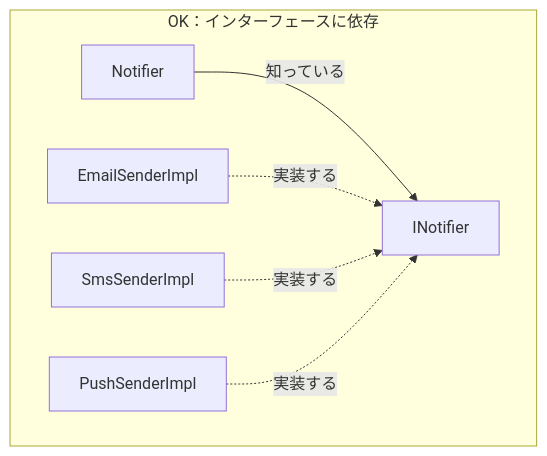
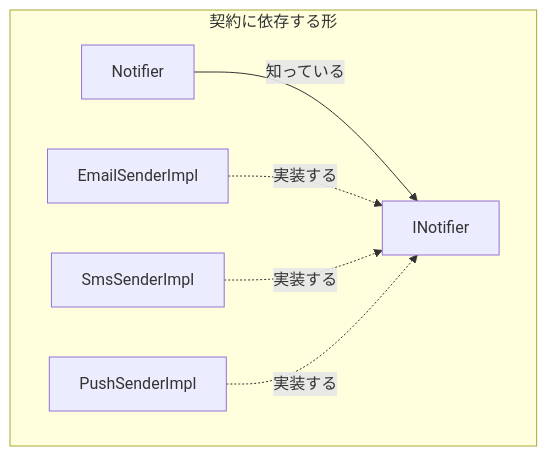
One commit to kumachan1101-pixel/DesignPattern changed the fourth of 6 diagrams in kindle/design-patterns/books/volume01-core-patterns/output/preface.md. Above: the diagram before and after it, drawn with Mermaid. The commit also changed other lines of this file and 1 other file, not shown here.

````diff
--- a/kindle/design-patterns/books/volume01-core-patterns/output/preface.md
+++ b/kindle/design-patterns/books/volume01-core-patterns/output/preface.md
@@ -567,9 +567,9 @@
 ```mermaid
 graph TD
-    subgraph "OK：インターフェースに依存"
+    subgraph "契約に依存する形"
         O1[Notifier] -->|知っている| O2[INotifier]
         O3[EmailSenderImpl] -.->|実装する| O2
         O4[SmsSenderImpl] -.->|実装する| O2
         O5[PushSenderImpl] -.->|実装する| O2
     end
 ```
````
